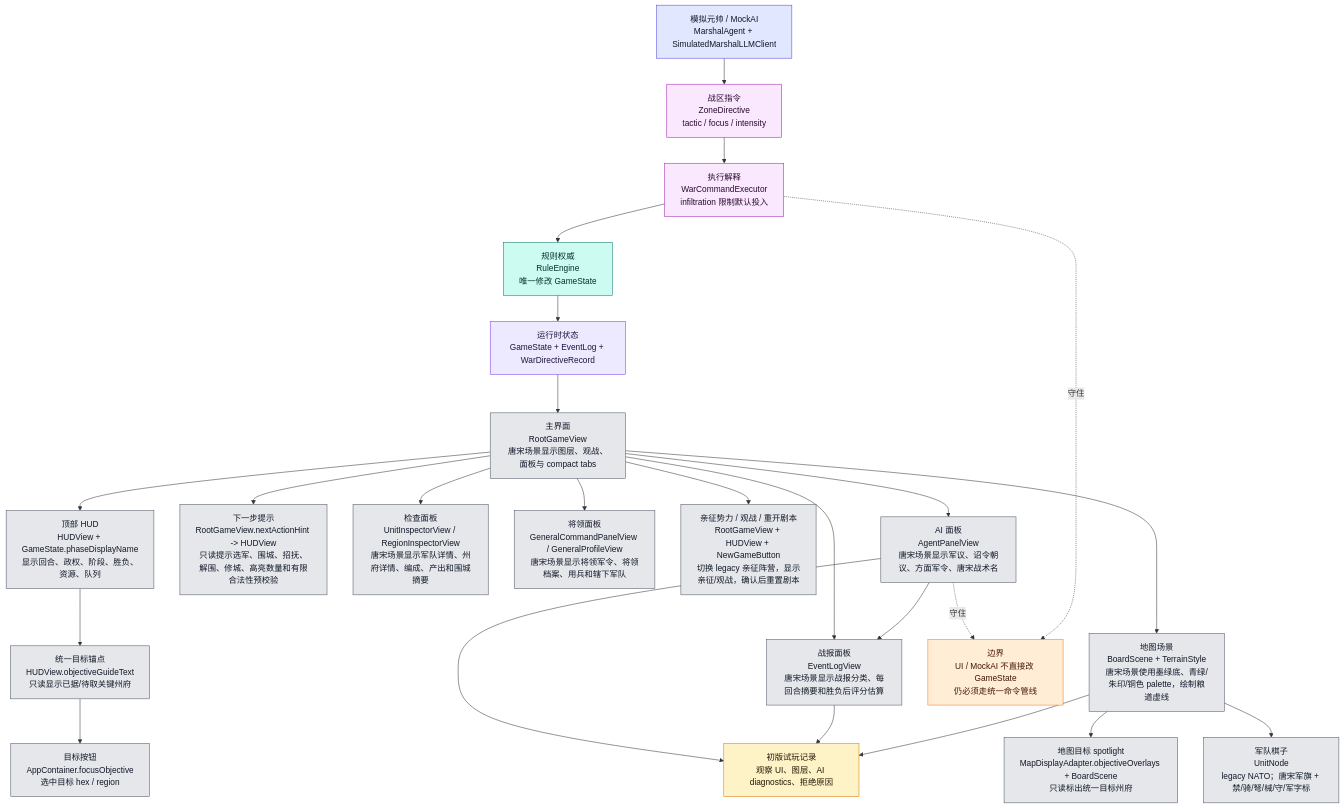
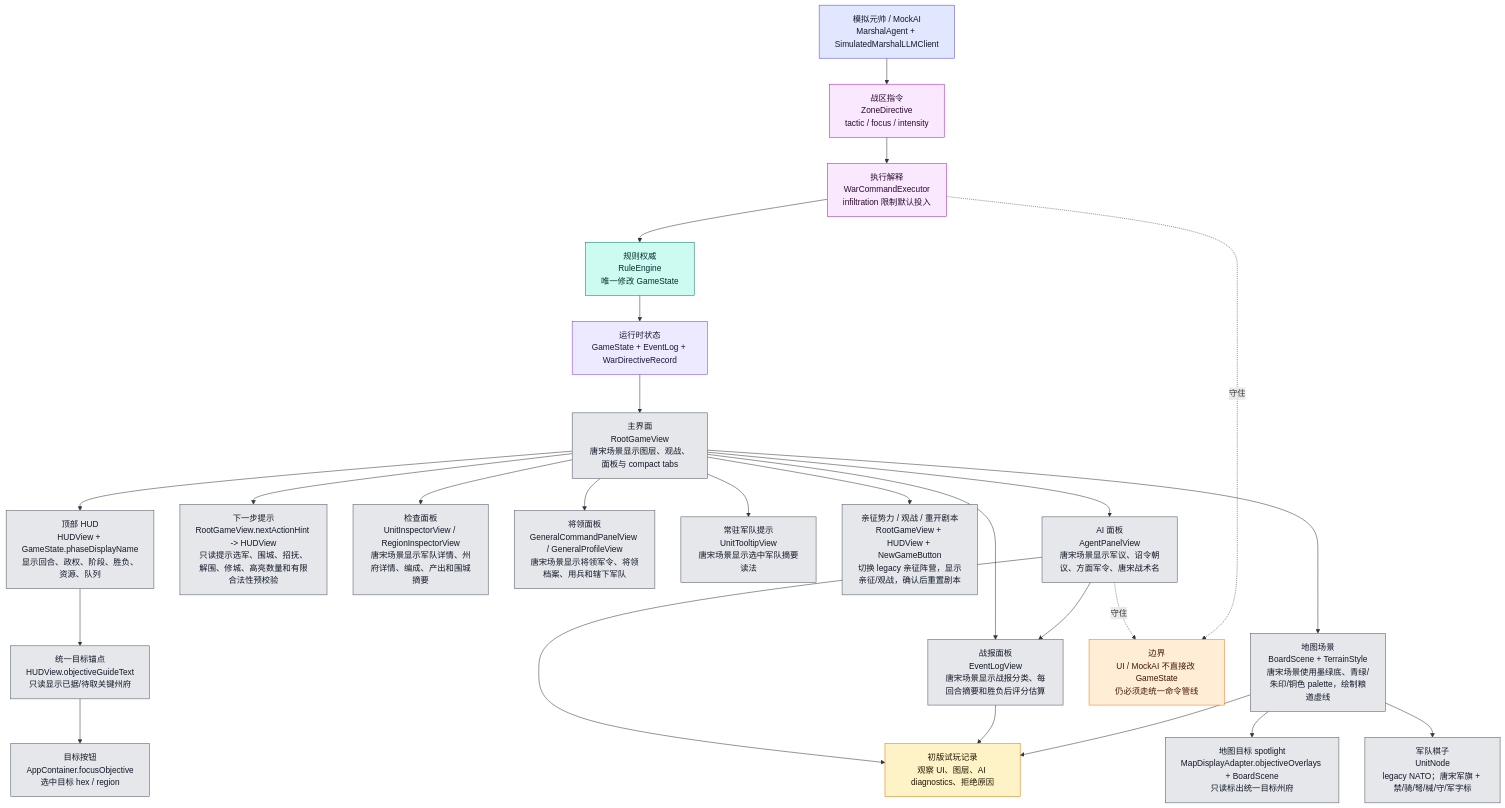
The tenth of 12 diagrams in md/flow/flowchart.md (Altman-sam114/125), drawn with Mermaid before and after one commit. The commit also changed other lines of this file and 8 other files, not shown here.

Commit message:
feat: localize Tang Song unit tooltip

````diff
--- a/md/flow/flowchart.md
+++ b/md/flow/flowchart.md
@@ -557,52 +560,54 @@
 ```mermaid
 flowchart TD
     STATE["运行时状态<br/>GameState + EventLog + WarDirectiveRecord"]:::state
     ROOT["主界面<br/>RootGameView<br/>唐宋场景显示图层、观战、面板与 compact tabs"]:::ui
     HUD["顶部 HUD<br/>HUDView + GameState.phaseDisplayName<br/>显示回合、政权、阶段、胜负、资源、队列"]:::ui
     GOAL["统一目标锚点<br/>HUDView.objectiveGuideText<br/>只读显示已据/待取关键州府"]:::ui
     FOCUS["目标按钮<br/>AppContainer.focusObjective<br/>选中目标 hex / region"]:::ui
     SPOTLIGHT["地图目标 spotlight<br/>MapDisplayAdapter.objectiveOverlays + BoardScene<br/>只读标出统一目标州府"]:::ui
     HINT["下一步提示<br/>RootGameView.nextActionHint -> HUDView<br/>只读提示选军、围城、招抚、解围、修城、高亮数量和有限合法性预校验"]:::ui
     INSPECT["检查面板<br/>UnitInspectorView / RegionInspectorView<br/>唐宋场景显示军队详情、州府详情、编成、产出和围城摘要"]:::ui
     GENPANELS["将领面板<br/>GeneralCommandPanelView / GeneralProfileView<br/>唐宋场景显示将领军令、将领档案、用兵和辖下军队"]:::ui
+    TOOLTIP["常驻军队提示<br/>UnitTooltipView<br/>唐宋场景显示选中军队摘要读法"]:::ui
     SESSIONHUD["亲征势力 / 观战 / 重开剧本<br/>RootGameView + HUDView + NewGameButton<br/>切换 legacy 亲征阵营，显示亲征/观战，确认后重置剧本"]:::ui
     LOG["战报面板<br/>EventLogView<br/>唐宋场景显示战报分类、每回合摘要和胜负后评分估算"]:::ui
     AIUI["AI 面板<br/>AgentPanelView<br/>唐宋场景显示军议、诏令朝议、方面军令、唐宋战术名"]:::ui
     BOARD["地图场景<br/>BoardScene + TerrainStyle<br/>唐宋场景使用墨绿底、青绿/朱印/铜色 palette，绘制粮道虚线"]:::ui
     UNIT["军队棋子<br/>UnitNode<br/>legacy NATO；唐宋军旗 + 禁/骑/弩/械/守/军字标"]:::ui
     MARSHAL["模拟元帅 / MockAI<br/>MarshalAgent + SimulatedMarshalLLMClient"]:::ai
     ZD["战区指令<br/>ZoneDirective<br/>tactic / focus / intensity"]:::command
     WCE["执行解释<br/>WarCommandExecutor<br/>infiltration 限制默认投入"]:::command
     RULE["规则权威<br/>RuleEngine<br/>唯一修改 GameState"]:::rules
     PLAYTEST["初版试玩记录<br/>观察 UI、图层、AI diagnostics、拒绝原因"]:::doc
 
     STATE --> ROOT
     ROOT --> HUD
     HUD --> GOAL --> FOCUS
     BOARD --> SPOTLIGHT
     ROOT --> HINT
     ROOT --> INSPECT
     ROOT --> GENPANELS
+    ROOT --> TOOLTIP
     ROOT --> SESSIONHUD
     ROOT --> LOG
     ROOT --> AIUI
     AIUI --> LOG
     ROOT --> BOARD
     BOARD --> UNIT
     MARSHAL --> ZD --> WCE --> RULE --> STATE
     AIUI --> PLAYTEST
     LOG --> PLAYTEST
     BOARD --> PLAYTEST
 
     WARN["边界<br/>UI / MockAI 不直接改 GameState<br/>仍必须走统一命令管线"]:::warn
     AIUI -.守住.-> WARN
     WCE -.守住.-> WARN
 
     classDef state fill:#ede9fe,stroke:#7c3aed,color:#1f143d
     classDef ui fill:#e5e7eb,stroke:#4b5563,color:#111827
     classDef ai fill:#e0e7ff,stroke:#4f46e5,color:#111827
     classDef command fill:#fae8ff,stroke:#a21caf,color:#2a0a2f
     classDef rules fill:#ccfbf1,stroke:#0f766e,color:#042f2e
     classDef doc fill:#fef3c7,stroke:#d97706,color:#1f1600
     classDef warn fill:#ffedd5,stroke:#f97316,color:#431407
 ```
````
